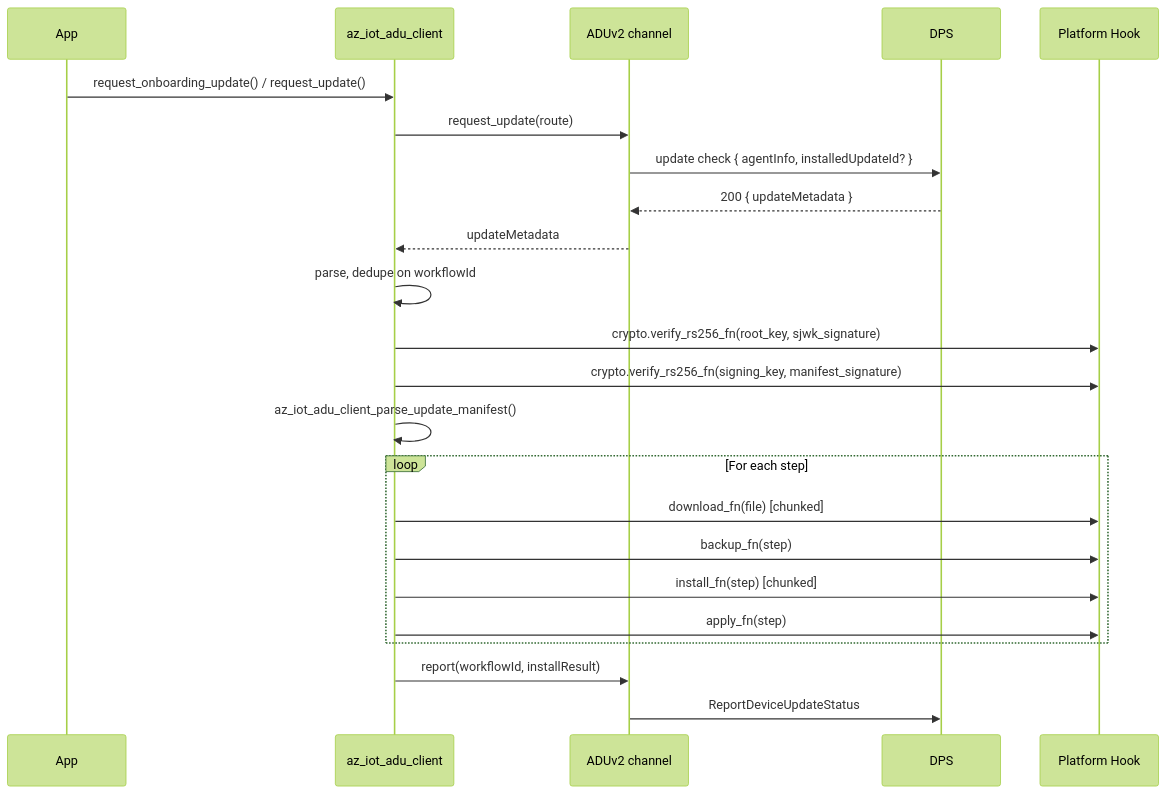
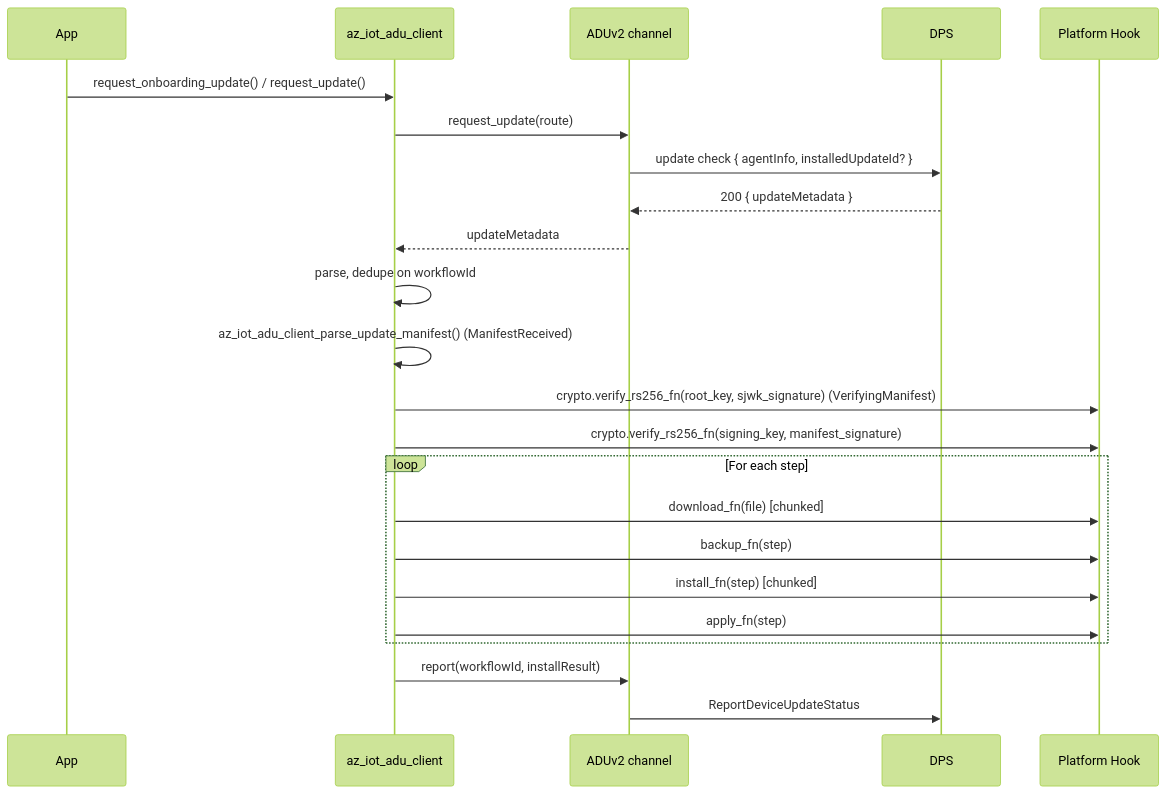
One commit to Azure/azure-iot-sdk changed the sixth of 7 diagrams in c/docs/eng/adu-client-design.md. Above: the diagram before and after it, drawn with Mermaid (forest theme). The commit also changed 11 other files, not shown here.

````diff
--- a/c/docs/eng/adu-client-design.md
+++ b/c/docs/eng/adu-client-design.md
@@ -1442,26 +1442,26 @@
 ```mermaid
 sequenceDiagram
     participant App
     participant ADU as az_iot_adu_client
     participant Ch as ADUv2 channel
     participant DPS
     participant Hook as Platform Hook
 
     App->>ADU: request_onboarding_update() / request_update()
     ADU->>Ch: request_update(route)
     Ch->>DPS: update check { agentInfo, installedUpdateId? }
     DPS-->>Ch: 200 { updateMetadata }
     Ch-->>ADU: updateMetadata
     ADU->>ADU: parse, dedupe on workflowId
-    ADU->>Hook: crypto.verify_rs256_fn(root_key, sjwk_signature)
+    ADU->>ADU: az_iot_adu_client_parse_update_manifest() (ManifestReceived)
+    ADU->>Hook: crypto.verify_rs256_fn(root_key, sjwk_signature) (VerifyingManifest)
     ADU->>Hook: crypto.verify_rs256_fn(signing_key, manifest_signature)
-    ADU->>ADU: az_iot_adu_client_parse_update_manifest()
     loop For each step
         ADU->>Hook: download_fn(file) [chunked]
         ADU->>Hook: backup_fn(step)
         ADU->>Hook: install_fn(step) [chunked]
         ADU->>Hook: apply_fn(step)
     end
     ADU->>Ch: report(workflowId, installResult)
     Ch->>DPS: ReportDeviceUpdateStatus
 ```
````
